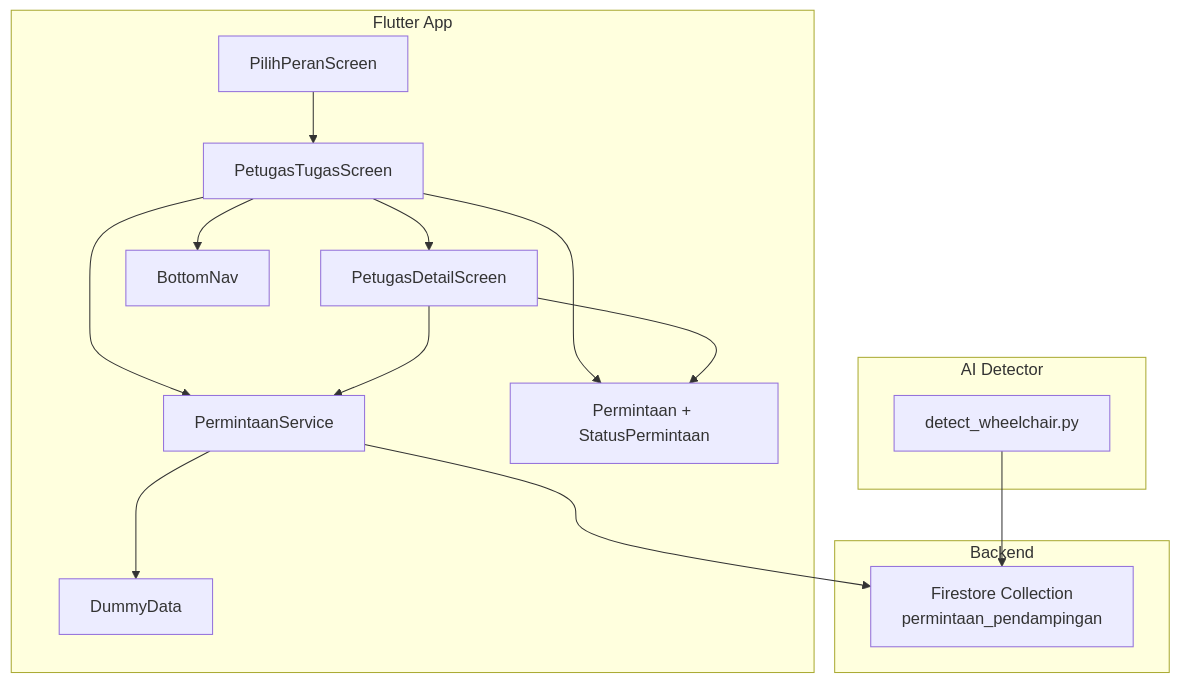
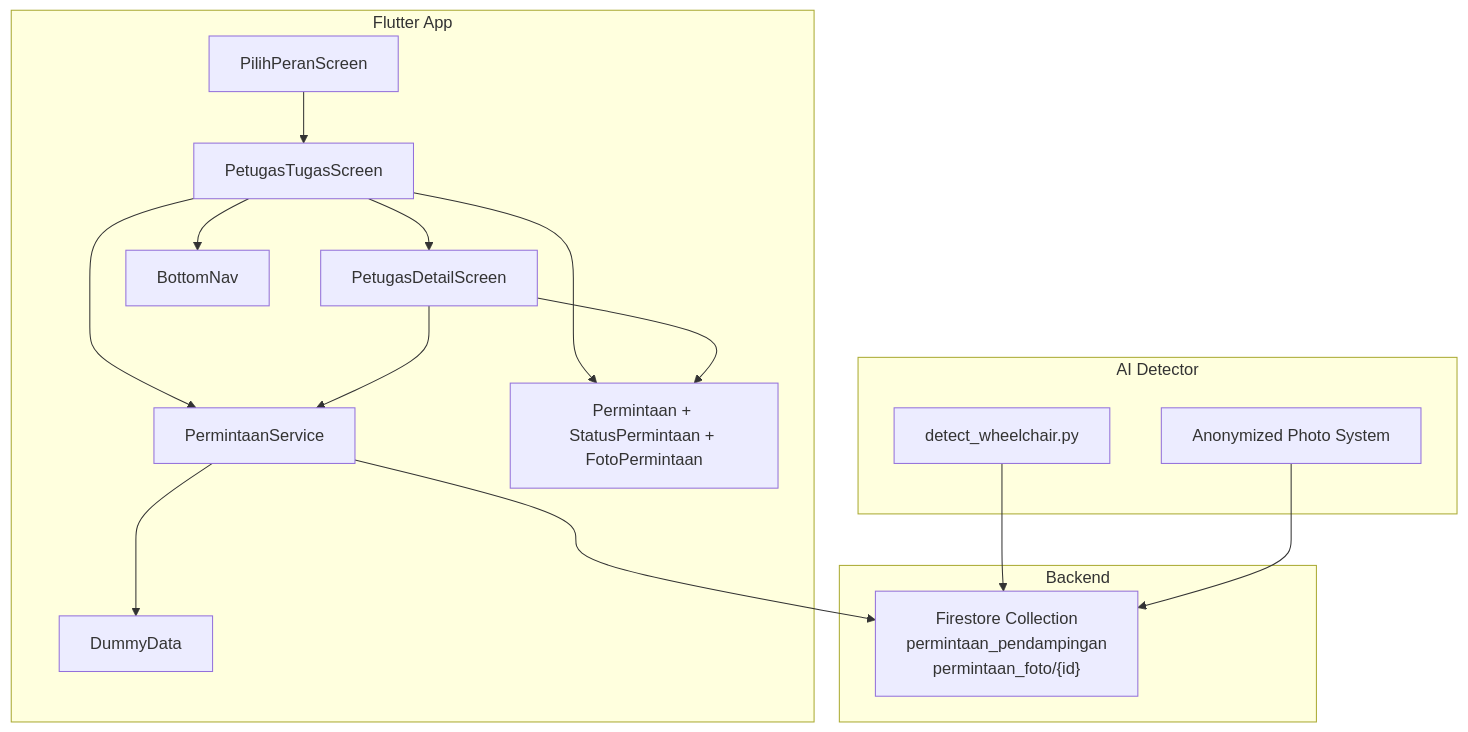
Before and after one commit to rdsarjito/whoosh-ramah: the first of 10 diagrams in .qoder/repowiki/en/content/Mobile Application/Staff Workflow/Staff Workflow.md, drawn with Mermaid. The commit also changed other lines of this file and 68 other files, not shown here.

````diff
--- a/.qoder/repowiki/en/content/Mobile Application/Staff Workflow/Staff Workflow.md
+++ b/.qoder/repowiki/en/content/Mobile Application/Staff Workflow/Staff Workflow.md
@@ -48,28 +60,30 @@
 ```mermaid
 graph TB
 subgraph "Flutter App"
 Role["PilihPeranScreen"]
 TaskList["PetugasTugasScreen"]
 Detail["PetugasDetailScreen"]
 Service["PermintaanService"]
-Model["Permintaan + StatusPermintaan"]
+Model["Permintaan + StatusPermintaan + FotoPermintaan"]
 Dummy["DummyData"]
 Nav["BottomNav"]
 end
 subgraph "Backend"
-Firestore["Firestore Collection<br/>permintaan_pendampingan"]
+Firestore["Firestore Collection<br/>permintaan_pendampingan<br/>permintaan_foto/{id}"]
 end
 subgraph "AI Detector"
 PyDetect["detect_wheelchair.py"]
+PhotoSystem["Anonymized Photo System"]
 end
 Role --> TaskList
 TaskList --> Detail
 TaskList --> Service
 Detail --> Service
 Service --> Firestore
 TaskList --> Model
 Detail --> Model
 Service --> Dummy
 TaskList --> Nav
 PyDetect --> Firestore
+PhotoSystem --> Firestore
 ```
````
